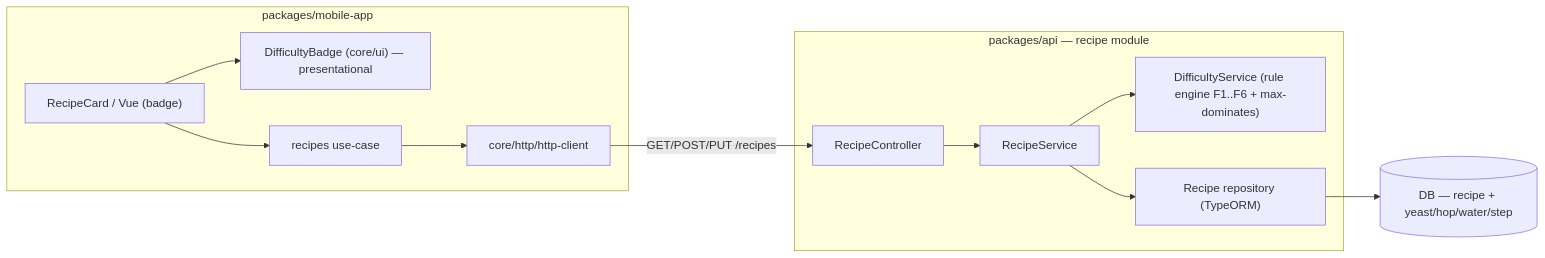
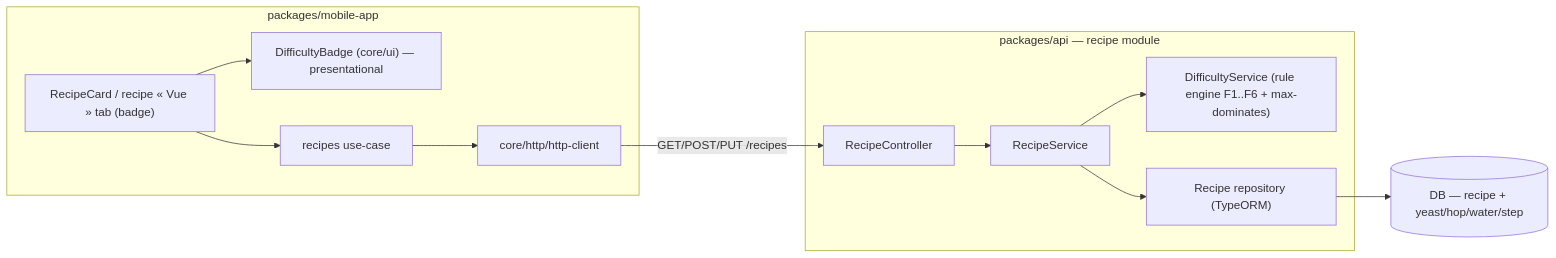
The diagram in docs/architecture/diagrams/recipe-difficulty/03-component.md (benoit-bremaud/brasse-bouillon), drawn with Mermaid before and after one commit. The commit also changed 4 other files, not shown here.

Commit message:
docs(recipe-difficulty): address Copilot review (RecipeYeast 0..*, DifficultyResult, drop stats arg, stable reasons order, disambiguate « Vue »)

````diff
--- a/docs/architecture/diagrams/recipe-difficulty/03-component.md
+++ b/docs/architecture/diagrams/recipe-difficulty/03-component.md
@@ -16,25 +16,25 @@
 ```mermaid
 flowchart LR
   subgraph Mobile ["packages/mobile-app"]
-    Card["RecipeCard / Vue (badge)"]
+    Card["RecipeCard / recipe « Vue » tab (badge)"]
     Badge["DifficultyBadge (core/ui) — presentational"]
     UC["recipes use-case"]
     HTTP["core/http/http-client"]
     Card --> Badge
     Card --> UC
     UC --> HTTP
   end
 
   subgraph API ["packages/api — recipe module"]
     Ctrl["RecipeController"]
     RSvc["RecipeService"]
     DSvc["DifficultyService (rule engine F1..F6 + max-dominates)"]
     Repo["Recipe repository (TypeORM)"]
     Ctrl --> RSvc
     RSvc --> DSvc
     RSvc --> Repo
   end
 
   HTTP -->|"GET/POST/PUT /recipes"| Ctrl
   Repo --> DB[("DB — recipe + yeast/hop/water/step")]
 ```
````
